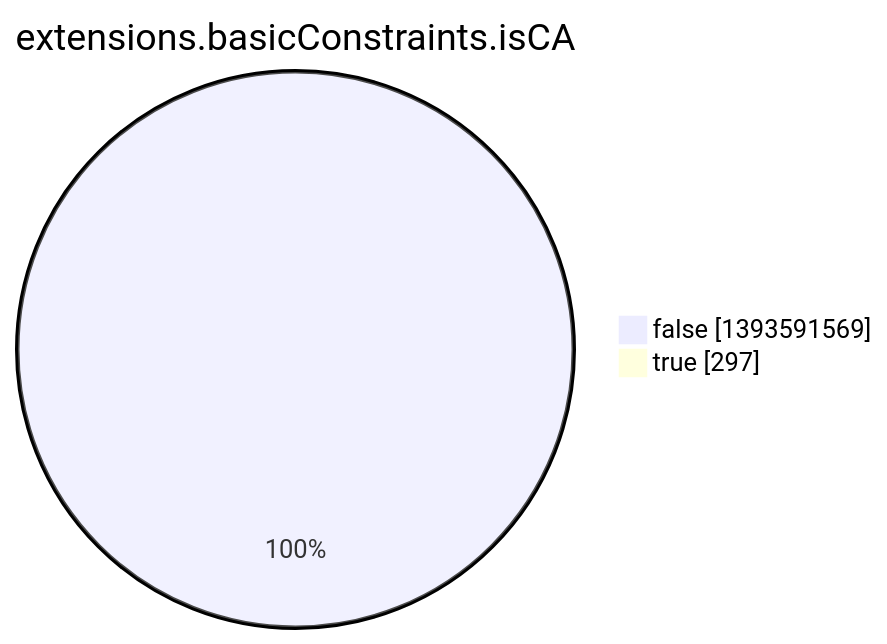
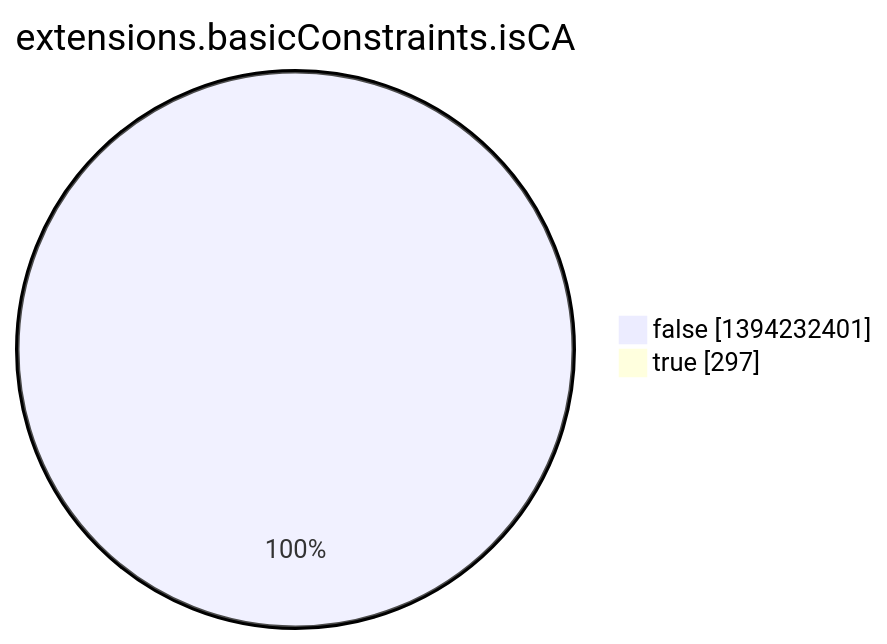
One commit to christiankrug/ctmonitor_visualization changed the eighth of 15 diagrams in argon2022/README.md. Above: the diagram before and after it, drawn with Mermaid. The commit also changed other lines of this file, not shown here.

````diff
--- a/argon2022/README.md
+++ b/argon2022/README.md
@@ -2759,6 +2759,6 @@
 ```mermaid
 pie showData
 title extensions.basicConstraints.isCA
-"false" :1393591569
+"false" :1394232401
 "true" :297
 ```
````
